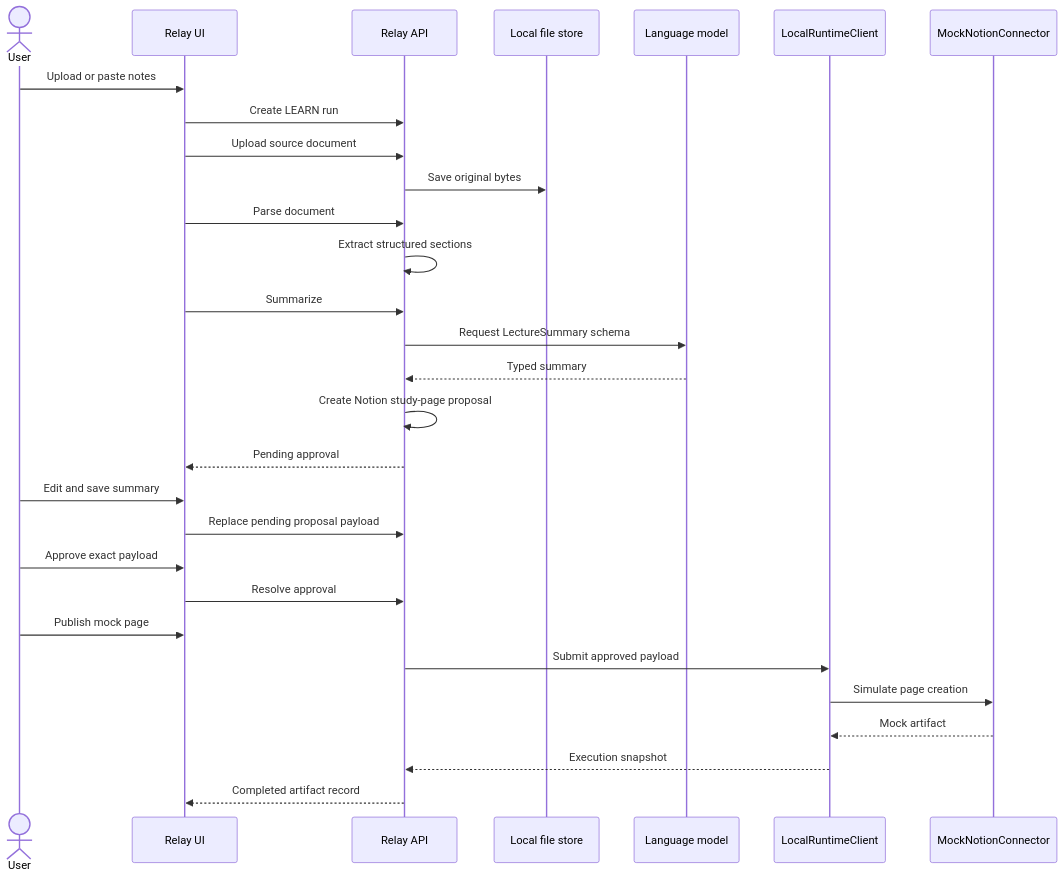
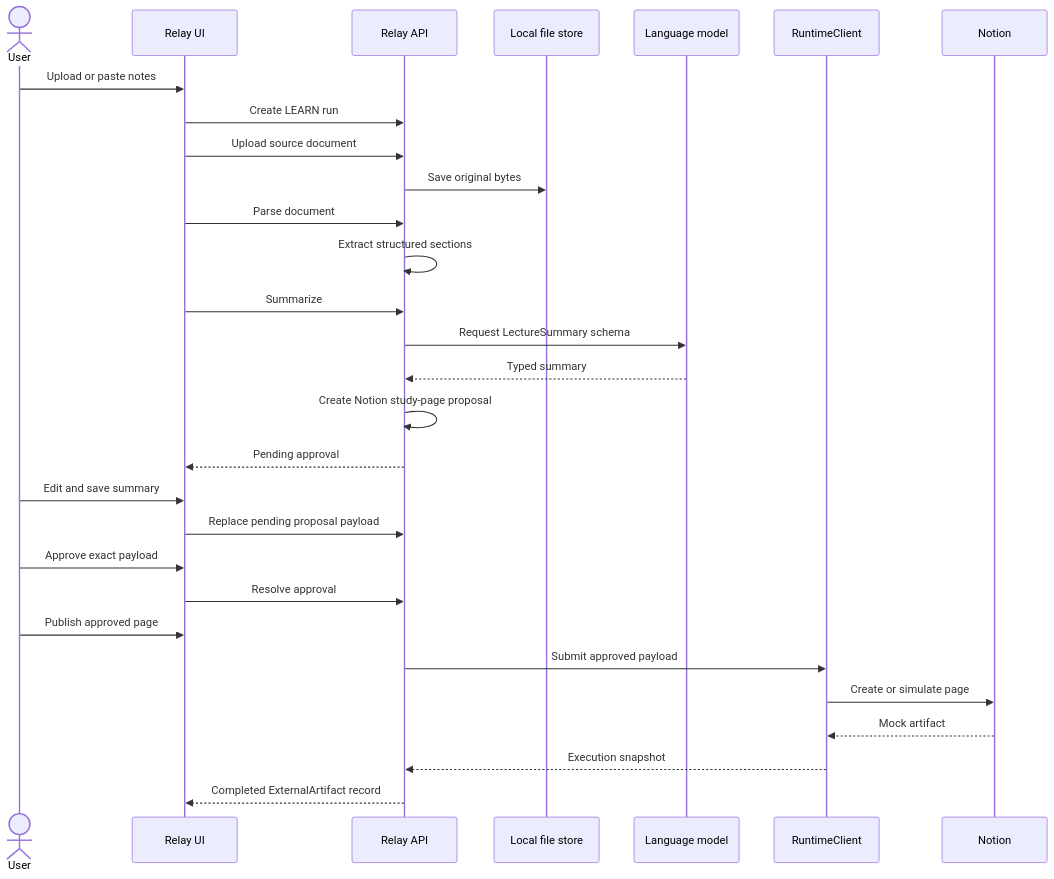
One commit to praveenachen/Relay-2.0 changed the diagram in docs/architecture/learn-workflow.md. Above: the diagram before and after it, drawn with Mermaid. The commit also changed other lines of this file and 8 other files, not shown here.

````diff
--- a/docs/architecture/learn-workflow.md
+++ b/docs/architecture/learn-workflow.md
@@ -7,32 +7,32 @@
 ```mermaid
 sequenceDiagram
     actor User
     participant UI as Relay UI
     participant API as Relay API
     participant Store as Local file store
     participant Model as Language model
-    participant Runtime as LocalRuntimeClient
-    participant Notion as MockNotionConnector
+    participant Runtime as RuntimeClient
+    participant Notion as Notion
 
     User->>UI: Upload or paste notes
     UI->>API: Create LEARN run
     UI->>API: Upload source document
     API->>Store: Save original bytes
     UI->>API: Parse document
     API->>API: Extract structured sections
     UI->>API: Summarize
     API->>Model: Request LectureSummary schema
     Model-->>API: Typed summary
     API->>API: Create Notion study-page proposal
     API-->>UI: Pending approval
     User->>UI: Edit and save summary
     UI->>API: Replace pending proposal payload
     User->>UI: Approve exact payload
     UI->>API: Resolve approval
-    User->>UI: Publish mock page
+    User->>UI: Publish approved page
     API->>Runtime: Submit approved payload
-    Runtime->>Notion: Simulate page creation
+    Runtime->>Notion: Create or simulate page
     Notion-->>Runtime: Mock artifact
     Runtime-->>API: Execution snapshot
-    API-->>UI: Completed artifact record
+    API-->>UI: Completed ExternalArtifact record
 ```
````
